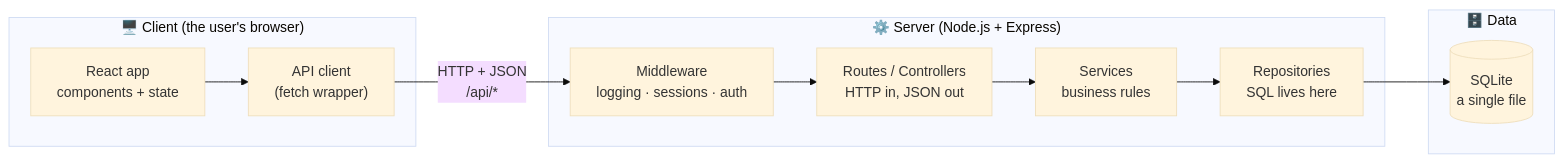
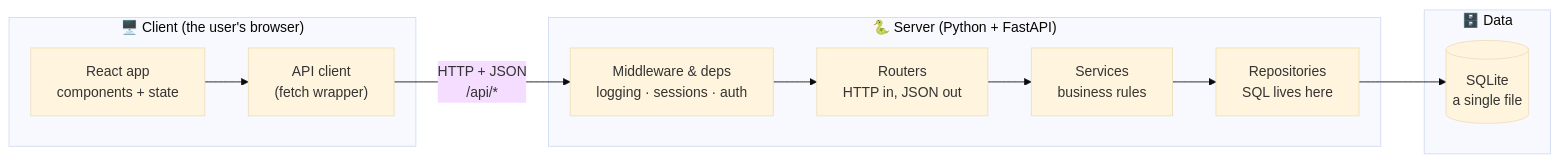
One commit to dannyyampik/learnig_app_se changed the first of 5 diagrams in DESIGN.md. Above: the diagram before and after it, drawn with Mermaid (base theme). The commit also changed other lines of this file, not shown here.

First line of the commit message:
Switch backend design to Python + FastAPI; record review decisions

````diff
--- a/DESIGN.md
+++ b/DESIGN.md
@@ -86,23 +92,23 @@
 ```mermaid
 flowchart LR
     subgraph Client ["🖥️ Client (the user's browser)"]
         UI["React app<br/>components + state"]
         API_CLIENT["API client<br/>(fetch wrapper)"]
         UI --> API_CLIENT
     end
 
-    subgraph Server ["⚙️ Server (Node.js + Express)"]
-        MW["Middleware<br/>logging · sessions · auth"]
-        ROUTES["Routes / Controllers<br/>HTTP in, JSON out"]
+    subgraph Server ["🐍 Server (Python + FastAPI)"]
+        MW["Middleware & deps<br/>logging · sessions · auth"]
+        ROUTES["Routers<br/>HTTP in, JSON out"]
         SERVICES["Services<br/>business rules"]
         REPO["Repositories<br/>SQL lives here"]
         MW --> ROUTES --> SERVICES --> REPO
     end
 
     subgraph Data ["🗄️ Data"]
         DB[("SQLite<br/>a single file")]
     end
 
     API_CLIENT -- "HTTP + JSON<br/>/api/*" --> MW
     REPO --> DB
 ```
````
